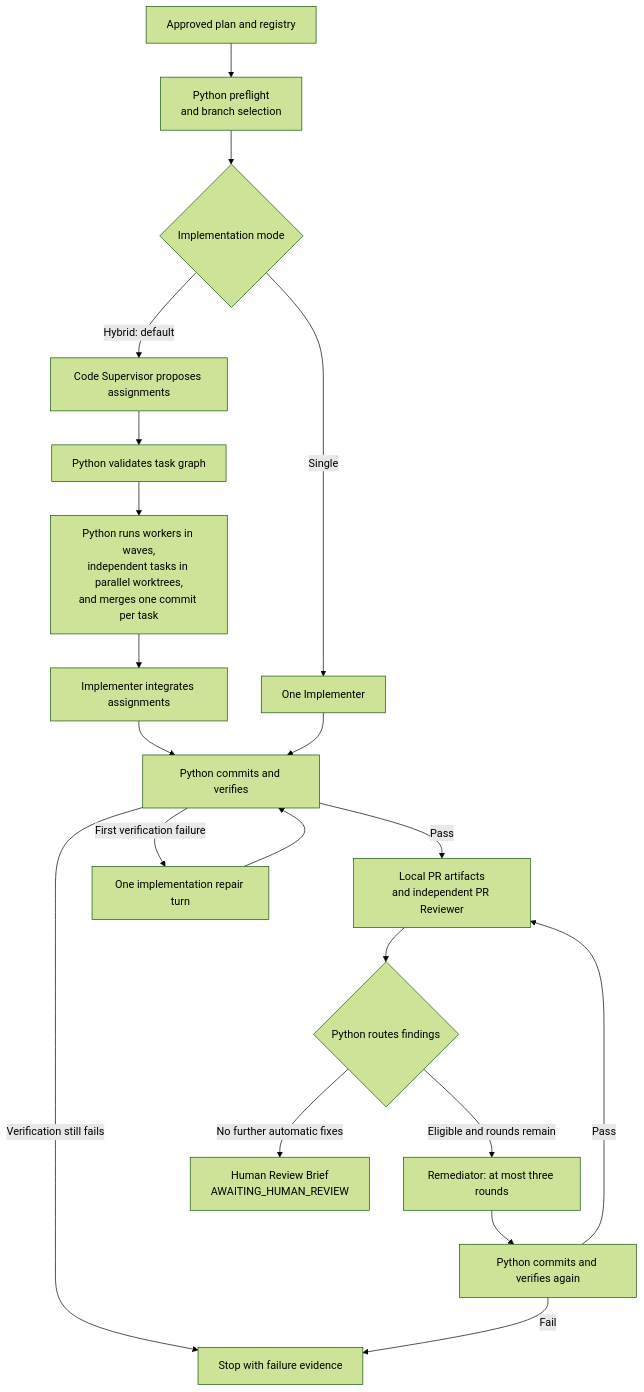
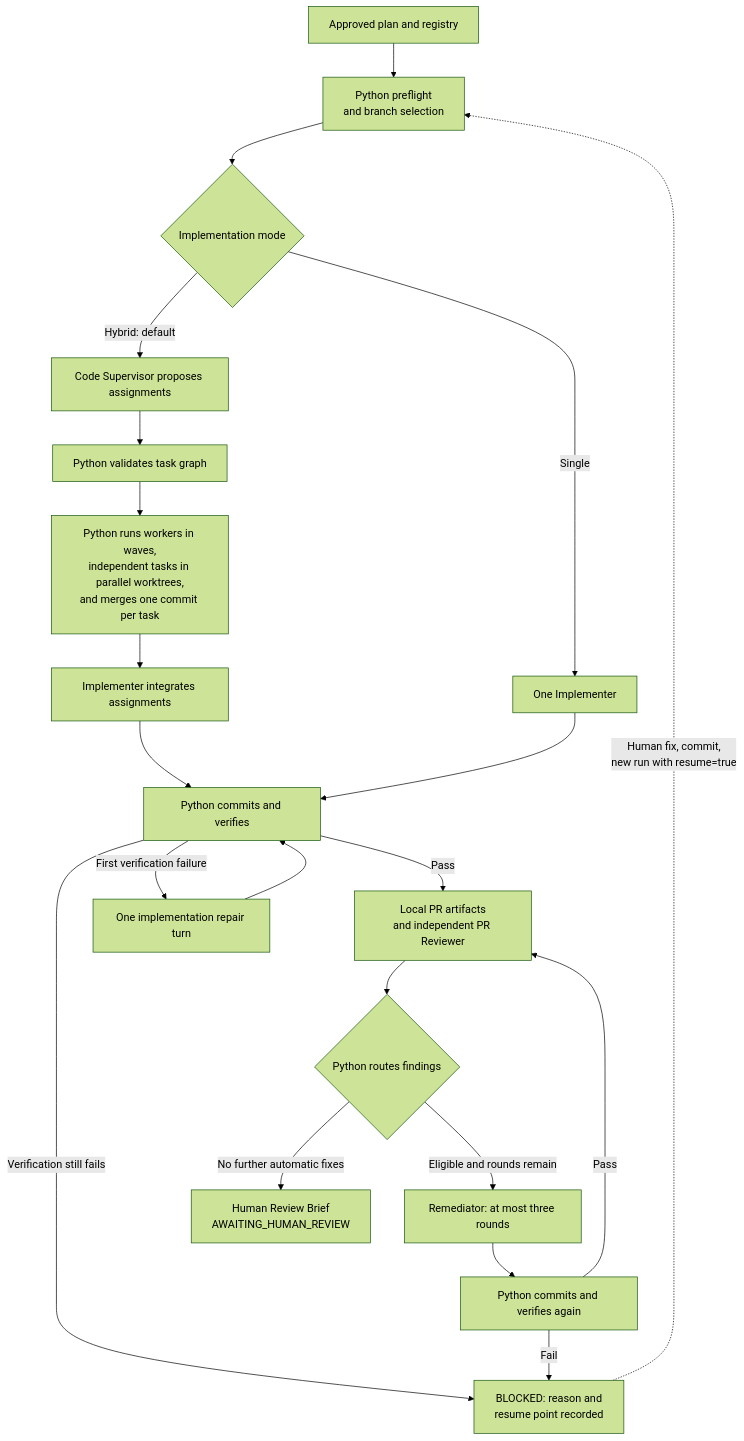
Before and after one commit to somr/awscao_agenticwflw: the fourth of 6 diagrams in agentic-sdlc-docs/architecture.md, drawn with Mermaid (forest theme). The commit also changed other lines of this file and 7 other files, not shown here.

````diff
--- a/agentic-sdlc-docs/architecture.md
+++ b/agentic-sdlc-docs/architecture.md
@@ -102,22 +105,23 @@
 ```mermaid
 flowchart TD
     P["Approved plan and registry"] --> CHECK["Python preflight<br/>and branch selection"]
     CHECK --> MODE{"Implementation mode"}
     MODE -->|Hybrid: default| SUP["Code Supervisor proposes assignments"]
     SUP --> GRAPH["Python validates task graph"]
     GRAPH --> WORK["Python runs workers in waves,<br/>independent tasks in parallel worktrees,<br/>and merges one commit per task"]
     WORK --> INT["Implementer integrates assignments"]
     MODE -->|Single| IMP["One Implementer"]
     INT --> COMMIT["Python commits and verifies"]
     IMP --> COMMIT
     COMMIT -->|Pass| REVIEW["Local PR artifacts<br/>and independent PR Reviewer"]
     COMMIT -->|First verification failure| REPAIR["One implementation repair turn"]
     REPAIR --> COMMIT
-    COMMIT -->|Verification still fails| BLOCK["Stop with failure evidence"]
+    COMMIT -->|Verification still fails| BLOCK["BLOCKED: reason and<br/>resume point recorded"]
     REVIEW --> ROUTE{"Python routes findings"}
     ROUTE -->|Eligible and rounds remain| REM["Remediator: at most three rounds"]
     REM --> VERIFY["Python commits and verifies again"]
     VERIFY -->|Pass| REVIEW
     VERIFY -->|Fail| BLOCK
     ROUTE -->|No further automatic fixes| BRIEF["Human Review Brief<br/>AWAITING_HUMAN_REVIEW"]
+    BLOCK -.->|"Human fix, commit,<br/>new run with resume=true"| CHECK
 ```
````
